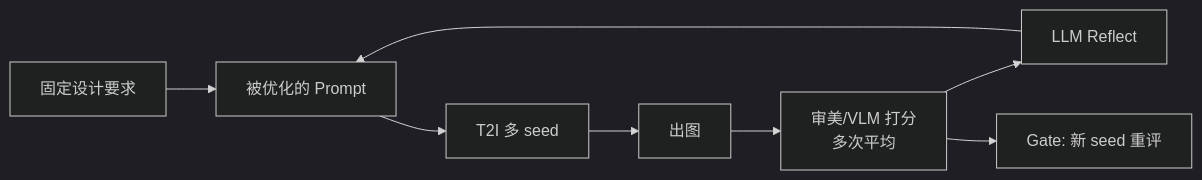
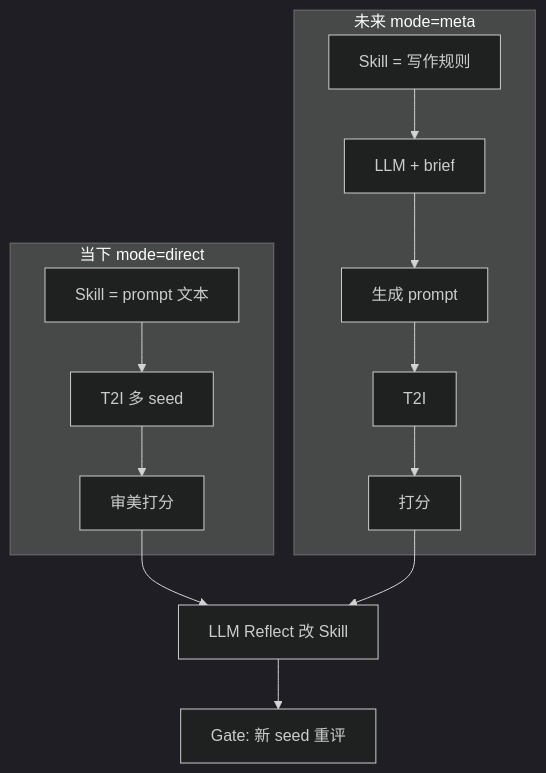
One commit to kuailefengnan2024/prompt-opt changed the first of 2 diagrams in README.md. Above: the diagram before and after it, drawn with Mermaid (dark theme). The commit also changed other lines of this file and 1 other file, not shown here.

````diff
--- a/README.md
+++ b/README.md
@@ -46,10 +42,12 @@
 ```mermaid
-flowchart LR
-    Brief["固定设计要求"] --> Prompt["被优化的 Prompt"]
-    Prompt --> T2I["T2I 多 seed"]
-    T2I --> IMG["出图"]
-    IMG --> Score["审美/VLM 打分\n多次平均"]
-    Score --> Reflect["LLM Reflect"]
-    Reflect --> Prompt
-    Score --> Gate["Gate: 新 seed 重评"]
+flowchart TB
+    subgraph direct ["当下 mode=direct"]
+        D1["Skill = prompt 文本"] --> D2["T2I 多 seed"] --> D3["审美打分"]
+    end
+    subgraph meta ["未来 mode=meta"]
+        M1["Skill = 写作规则"] --> M2["LLM + brief"] --> M3["生成 prompt"] --> M4["T2I"] --> M5["打分"]
+    end
+    D3 --> Reflect["LLM Reflect 改 Skill"]
+    M5 --> Reflect
+    Reflect --> Gate["Gate: 新 seed 重评"]
 ```
````
